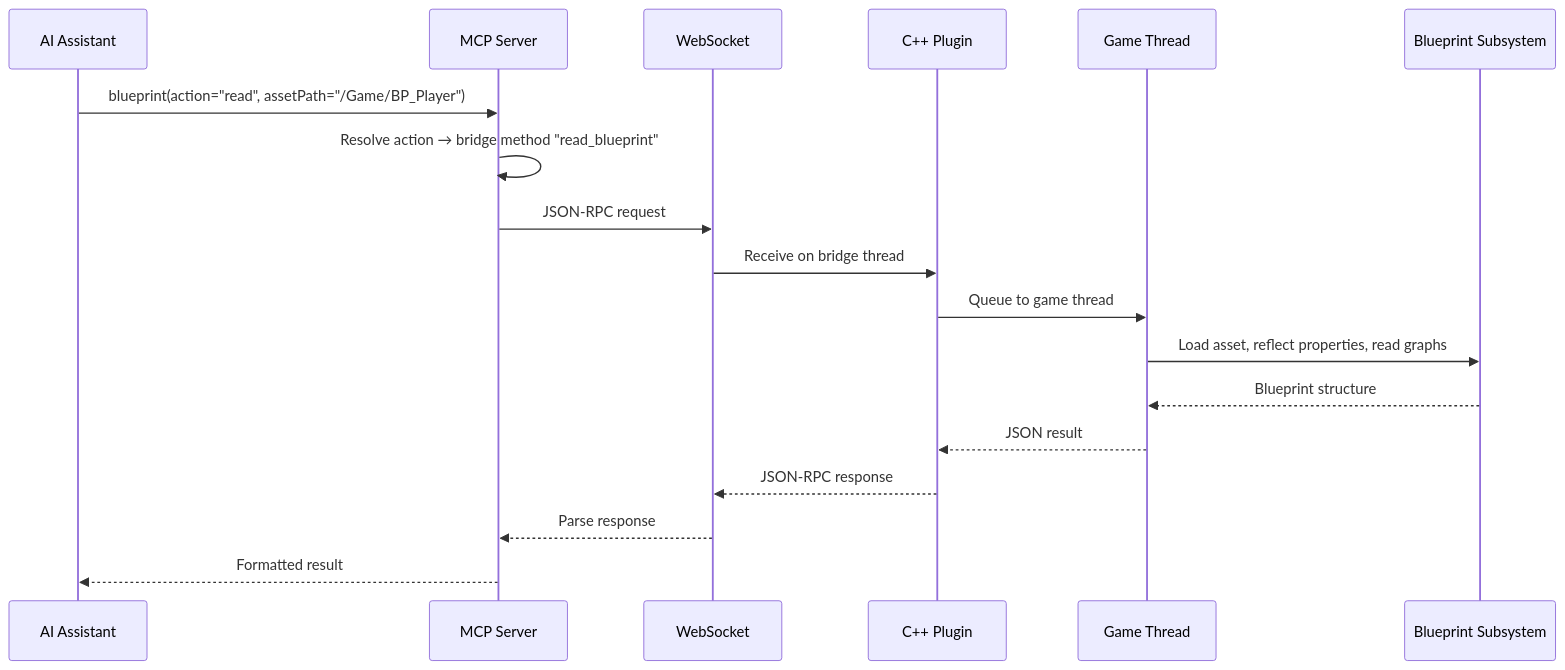
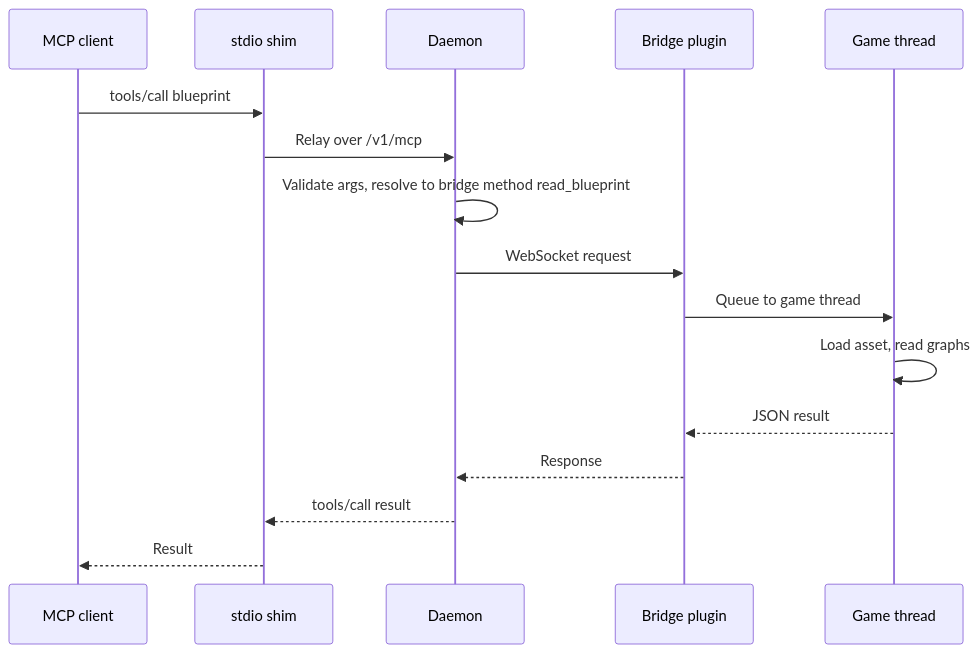
Before and after one commit to Ashish-Sakthi/ue-mcp: the second of 2 diagrams in docs/architecture.md, drawn with Mermaid. The commit also changed other lines of this file and 36 other files, not shown here.

````diff
--- a/docs/architecture.md
+++ b/docs/architecture.md
@@ -294,21 +363,19 @@
 ```mermaid
 sequenceDiagram
-    participant AI as AI Assistant
-    participant MCP as MCP Server
-    participant WS as WebSocket
-    participant Plugin as C++ Plugin
-    participant GT as Game Thread
-    participant UE as Blueprint Subsystem
+    participant AI as MCP client
+    participant Shim as stdio shim
+    participant D as Daemon
+    participant Plugin as Bridge plugin
+    participant GT as Game thread
 
-    AI->>MCP: blueprint(action="read", assetPath="/Game/BP_Player")
-    MCP->>MCP: Resolve action → bridge method "read_blueprint"
-    MCP->>WS: JSON-RPC request
-    WS->>Plugin: Receive on bridge thread
+    AI->>Shim: tools/call blueprint
+    Shim->>D: Relay over /v1/mcp
+    D->>D: Validate args, resolve to bridge method read_blueprint
+    D->>Plugin: WebSocket request
     Plugin->>GT: Queue to game thread
-    GT->>UE: Load asset, reflect properties, read graphs
-    UE-->>GT: Blueprint structure
+    GT->>GT: Load asset, read graphs
     GT-->>Plugin: JSON result
-    Plugin-->>WS: JSON-RPC response
-    WS-->>MCP: Parse response
-    MCP-->>AI: Formatted result
+    Plugin-->>D: Response
+    D-->>Shim: tools/call result
+    Shim-->>AI: Result
 ```
````
